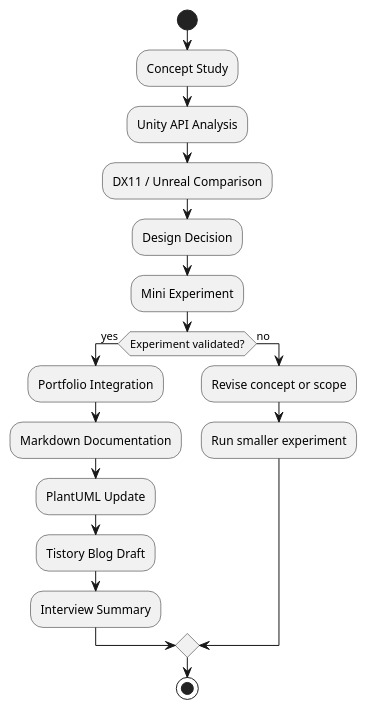
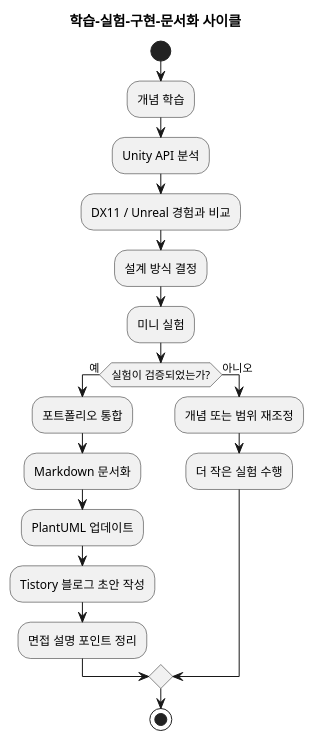
Before and after one commit to starkshn/md-docs: the first of 2 diagrams in PortfolioStudyMasterPlanForGPT.md, drawn with PlantUML. The commit also changed other lines of this file and 24 other files, not shown here.

Commit message:
docs: localize PlantUML labels to Korean

````diff
--- a/PortfolioStudyMasterPlanForGPT.md
+++ b/PortfolioStudyMasterPlanForGPT.md
@@ -526,21 +526,22 @@
 ```plantuml
 @startuml
+title 학습-실험-구현-문서화 사이클
 start
-:Concept Study;
-:Unity API Analysis;
-:DX11 / Unreal Comparison;
-:Design Decision;
-:Mini Experiment;
-if (Experiment validated?) then (yes)
-  :Portfolio Integration;
-  :Markdown Documentation;
-  :PlantUML Update;
-  :Tistory Blog Draft;
-  :Interview Summary;
-else (no)
-  :Revise concept or scope;
-  :Run smaller experiment;
+:개념 학습;
+:Unity API 분석;
+:DX11 / Unreal 경험과 비교;
+:설계 방식 결정;
+:미니 실험;
+if (실험이 검증되었는가?) then (예)
+  :포트폴리오 통합;
+  :Markdown 문서화;
+  :PlantUML 업데이트;
+  :Tistory 블로그 초안 작성;
+  :면접 설명 포인트 정리;
+else (아니오)
+  :개념 또는 범위 재조정;
+  :더 작은 실험 수행;
 endif
 stop
 @enduml
 ```
````
